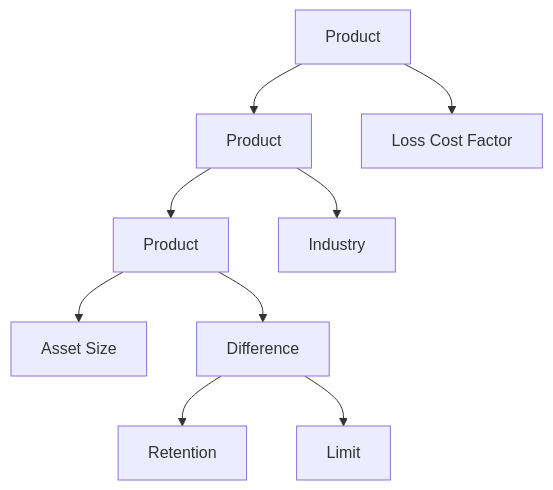
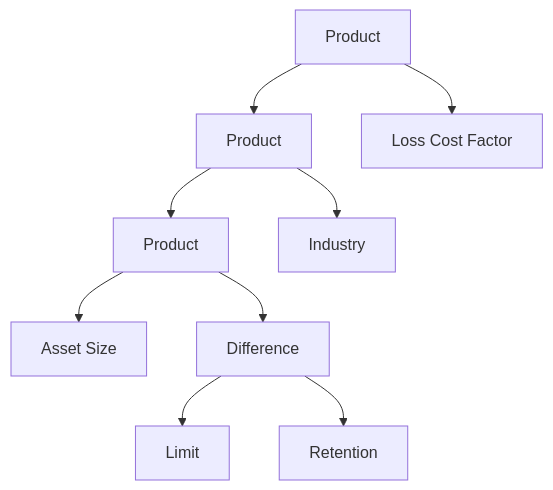
One commit to mosquire/pyrateer changed the diagram in README.md. Above: the diagram before and after it, drawn with Mermaid. The commit also changed other lines of this file and 57 other files, not shown here.

````diff
--- a/README.md
+++ b/README.md
@@ -10,11 +10,11 @@
 ```mermaid
 graph TB
     p1[Product] --> p2[Product]
     p1 --> LC[Loss Cost Factor]
     p2 --> p3[Product]
     p2 --> I[Industry]
     p3 --> A[Asset Size]
     p3 --> D[Difference]
+    D --> L[Limit]
     D --> R[Retention]
-    D --> L[Limit]
 ```
````
